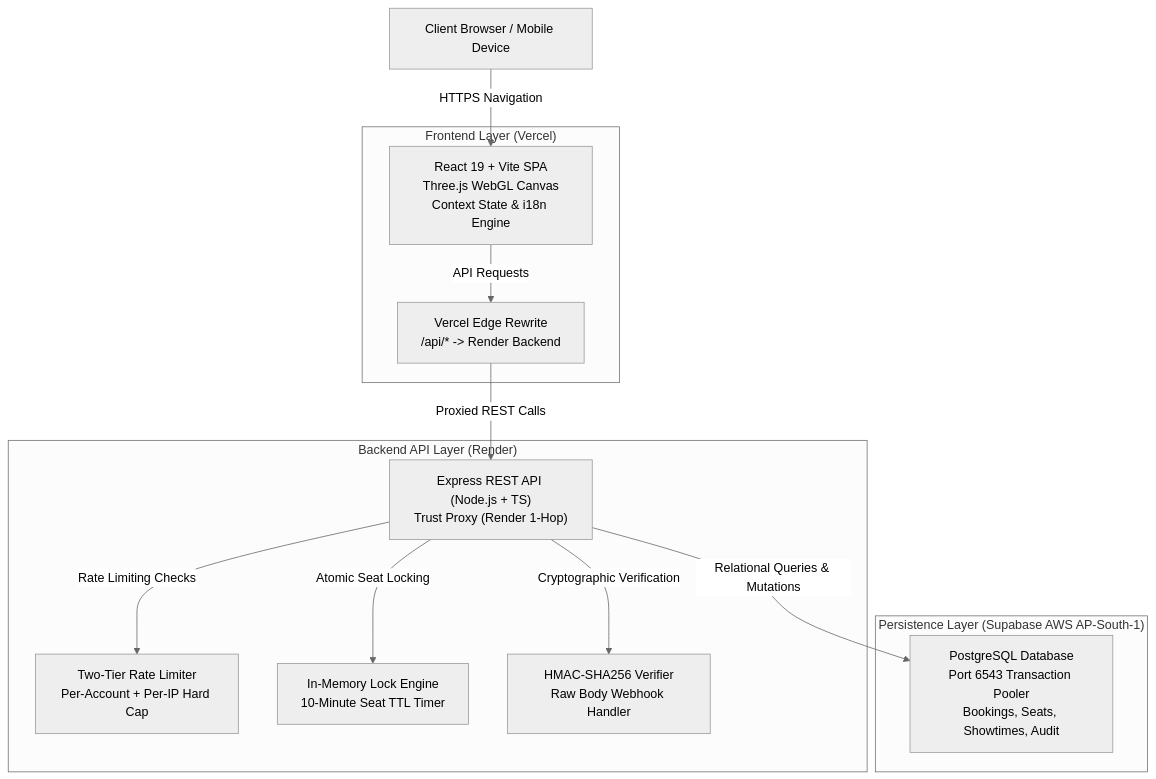
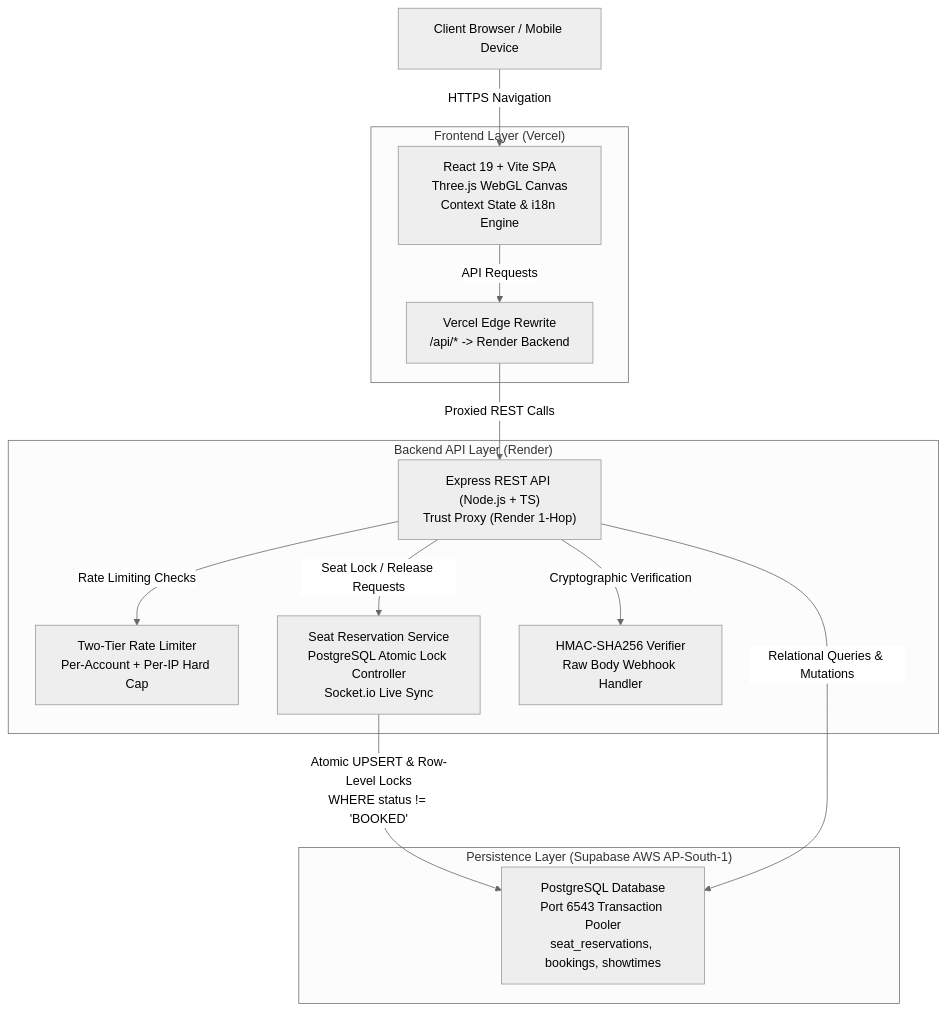
One commit to Sahithi200423/Movie_booking changed the diagram in README.md. Above: the diagram before and after it, drawn with Mermaid (neutral theme). The commit also changed other lines of this file, not shown here.

Commit message:
docs: correct PostgreSQL seat locking architecture, license notice, and portfolio evaluation wording

````diff
--- a/README.md
+++ b/README.md
@@ -29,28 +29,29 @@
 ```mermaid
 graph TD
     User["Client Browser / Mobile Device"]
 
     subgraph CDN ["Frontend Layer (Vercel)"]
         SPA["React 19 + Vite SPA<br/>Three.js WebGL Canvas<br/>Context State & i18n Engine"]
         ProxyRewrite["Vercel Edge Rewrite<br/>/api/* -> Render Backend"]
     end
 
     subgraph Backend ["Backend API Layer (Render)"]
         Express["Express REST API (Node.js + TS)<br/>Trust Proxy (Render 1-Hop)"]
         RateLimiter["Two-Tier Rate Limiter<br/>Per-Account + Per-IP Hard Cap"]
-        HoldEngine["In-Memory Lock Engine<br/>10-Minute Seat TTL Timer"]
+        SeatEngine["Seat Reservation Service<br/>PostgreSQL Atomic Lock Controller<br/>Socket.io Live Sync"]
         PaymentVerifier["HMAC-SHA256 Verifier<br/>Raw Body Webhook Handler"]
     end
 
     subgraph Storage ["Persistence Layer (Supabase AWS AP-South-1)"]
-        Postgres["PostgreSQL Database<br/>Port 6543 Transaction Pooler<br/>Bookings, Seats, Showtimes, Audit"]
+        Postgres["PostgreSQL Database<br/>Port 6543 Transaction Pooler<br/>seat_reservations, bookings, showtimes"]
     end
 
     User -->|HTTPS Navigation| SPA
     SPA -->|API Requests| ProxyRewrite
     ProxyRewrite -->|Proxied REST Calls| Express
     Express -->|Rate Limiting Checks| RateLimiter
-    Express -->|Atomic Seat Locking| HoldEngine
+    Express -->|Seat Lock / Release Requests| SeatEngine
+    SeatEngine -->|Atomic UPSERT & Row-Level Locks<br/>WHERE status != 'BOOKED'| Postgres
     Express -->|Cryptographic Verification| PaymentVerifier
     Express -->|Relational Queries & Mutations| Postgres
 ```
````
